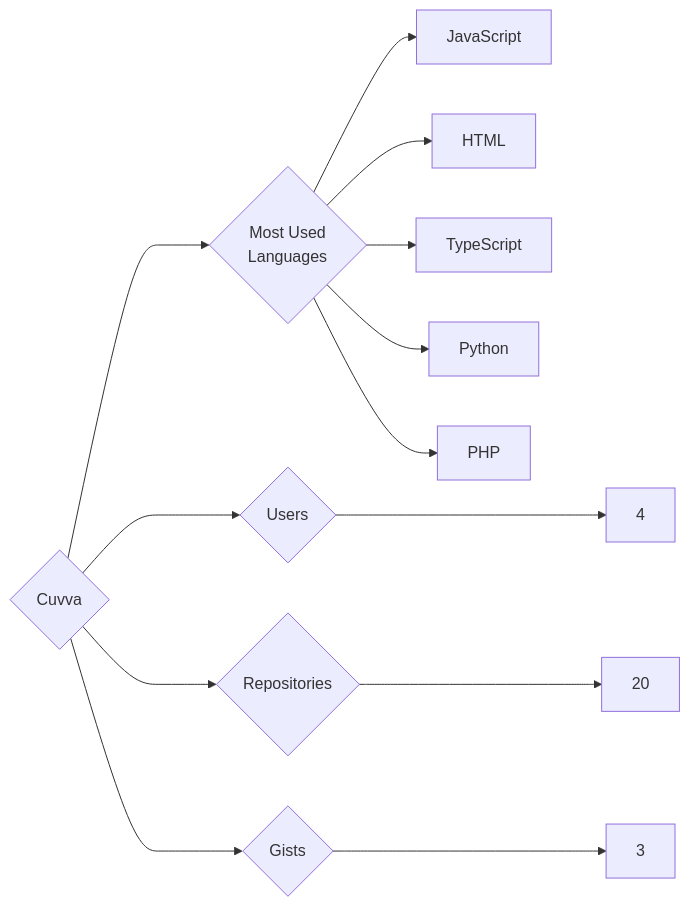
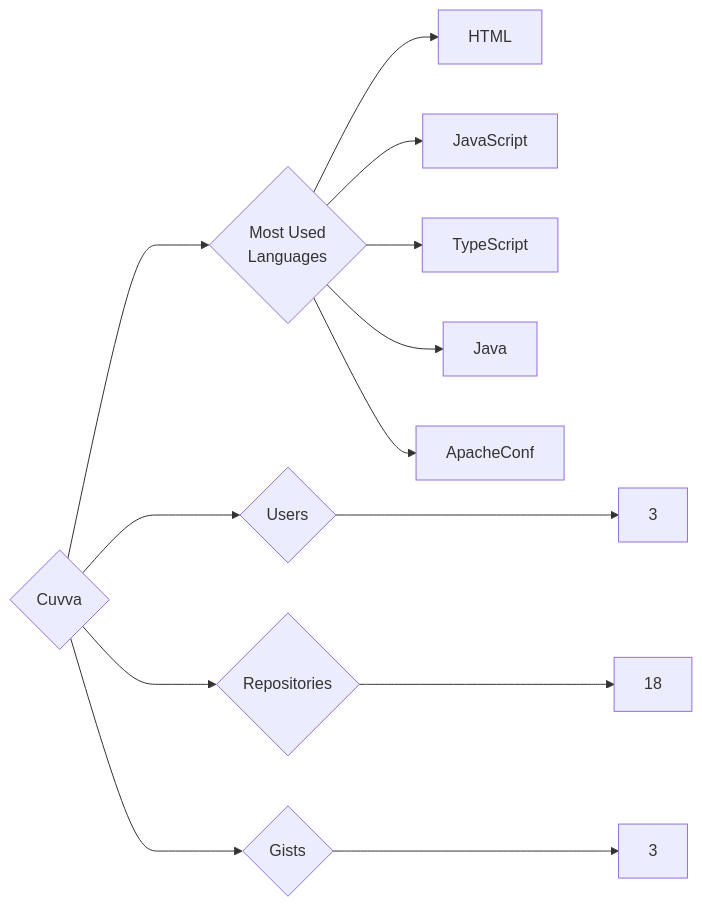
One commit to trickest/insiders changed the diagram in targets/Cuvva/README.md. Above: the diagram before and after it, drawn with Mermaid. The commit also changed 1089 other files, not shown here.

````diff
--- a/targets/Cuvva/README.md
+++ b/targets/Cuvva/README.md
@@ -3,13 +3,13 @@
 ```mermaid
 graph LR
 COMPANY_NAME{Cuvva}
-COMPANY_NAME ---> U{Users} ---> UN[4]
-COMPANY_NAME ---> R{Repositories} ---> RN[20]
+COMPANY_NAME ---> U{Users} ---> UN[3]
+COMPANY_NAME ---> R{Repositories} ---> RN[18]
 COMPANY_NAME ---> G{Gists} ---> GN[3]
 COMPANY_NAME ---> ML{Most Used<br>Languages}
+ML --> HTML[HTML]
 ML --> JavaScript[JavaScript]
-ML --> HTML[HTML]
 ML --> TypeScript[TypeScript]
-ML --> Python[Python]
-ML --> PHP[PHP]
+ML --> Java[Java]
+ML --> ApacheConf[ApacheConf]
 ```
````
